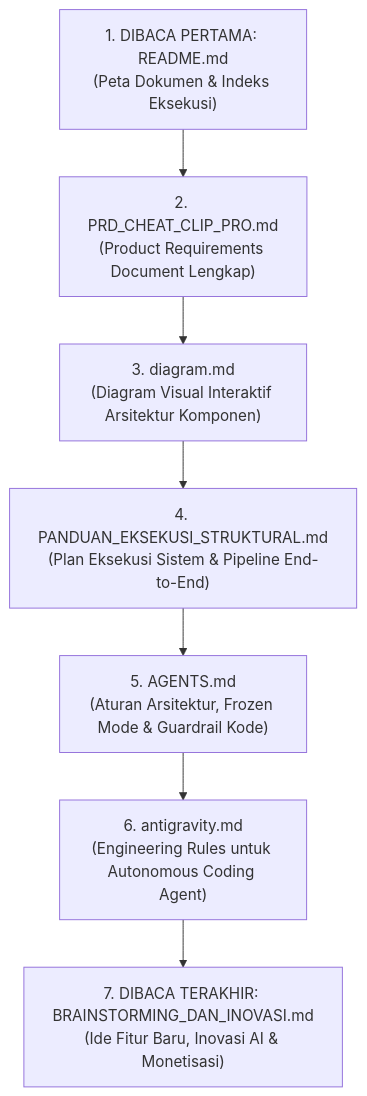
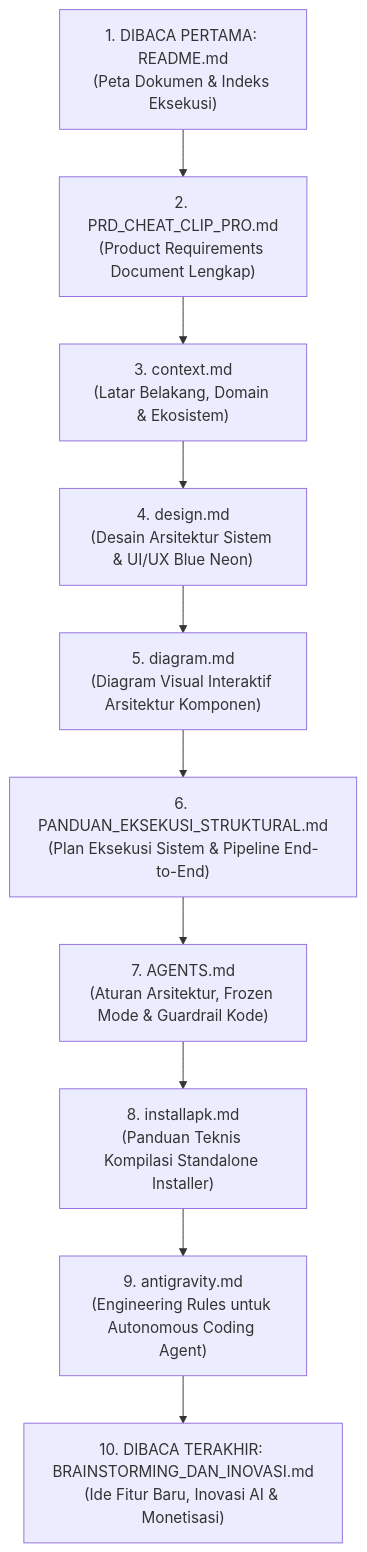
One commit to Bayunity-Brkhstd/clip changed the diagram in dokumentasi/README.md. Above: the diagram before and after it, drawn with Mermaid. The commit also changed other lines of this file and 3 other files, not shown here.

Commit message:
docs: add context.md and design.md to documentation suite

````diff
--- a/dokumentasi/README.md
+++ b/dokumentasi/README.md
@@ -11,17 +11,23 @@
 ```mermaid
 flowchart TD
     step1["1. DIBACA PERTAMA: README.md<br/>(Peta Dokumen & Indeks Eksekusi)"]
     step2["2. PRD_CHEAT_CLIP_PRO.md<br/>(Product Requirements Document Lengkap)"]
-    step3["3. diagram.md<br/>(Diagram Visual Interaktif Arsitektur Komponen)"]
-    step4["4. PANDUAN_EKSEKUSI_STRUKTURAL.md<br/>(Plan Eksekusi Sistem & Pipeline End-to-End)"]
-    step5["5. AGENTS.md<br/>(Aturan Arsitektur, Frozen Mode & Guardrail Kode)"]
-    step6["6. antigravity.md<br/>(Engineering Rules untuk Autonomous Coding Agent)"]
-    step7["7. DIBACA TERAKHIR: BRAINSTORMING_DAN_INOVASI.md<br/>(Ide Fitur Baru, Inovasi AI & Monetisasi)"]
+    step3["3. context.md<br/>(Latar Belakang, Domain & Ekosistem)"]
+    step4["4. design.md<br/>(Desain Arsitektur Sistem & UI/UX Blue Neon)"]
+    step5["5. diagram.md<br/>(Diagram Visual Interaktif Arsitektur Komponen)"]
+    step6["6. PANDUAN_EKSEKUSI_STRUKTURAL.md<br/>(Plan Eksekusi Sistem & Pipeline End-to-End)"]
+    step7["7. AGENTS.md<br/>(Aturan Arsitektur, Frozen Mode & Guardrail Kode)"]
+    step8["8. installapk.md<br/>(Panduan Teknis Kompilasi Standalone Installer)"]
+    step9["9. antigravity.md<br/>(Engineering Rules untuk Autonomous Coding Agent)"]
+    step10["10. DIBACA TERAKHIR: BRAINSTORMING_DAN_INOVASI.md<br/>(Ide Fitur Baru, Inovasi AI & Monetisasi)"]
 
     step1 --> step2
     step2 --> step3
     step3 --> step4
     step4 --> step5
     step5 --> step6
     step6 --> step7
+    step7 --> step8
+    step8 --> step9
+    step9 --> step10
 ```
````
